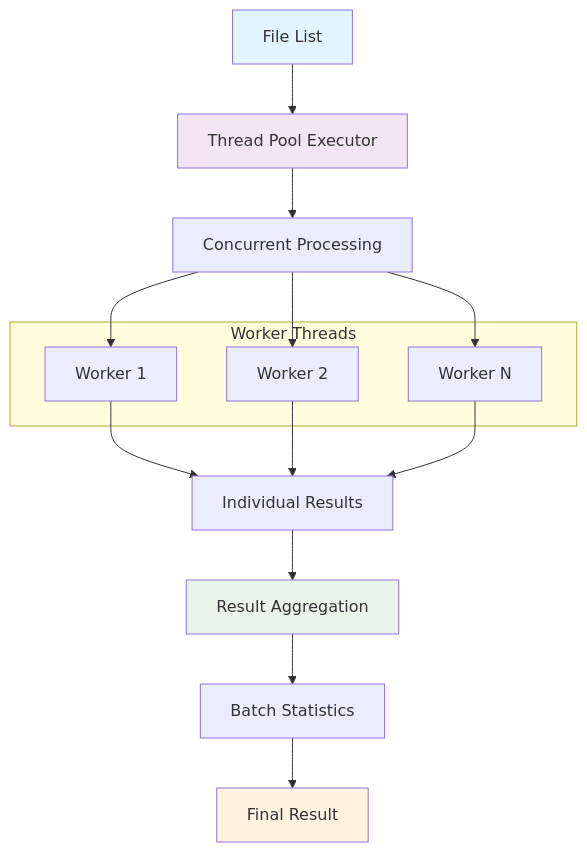
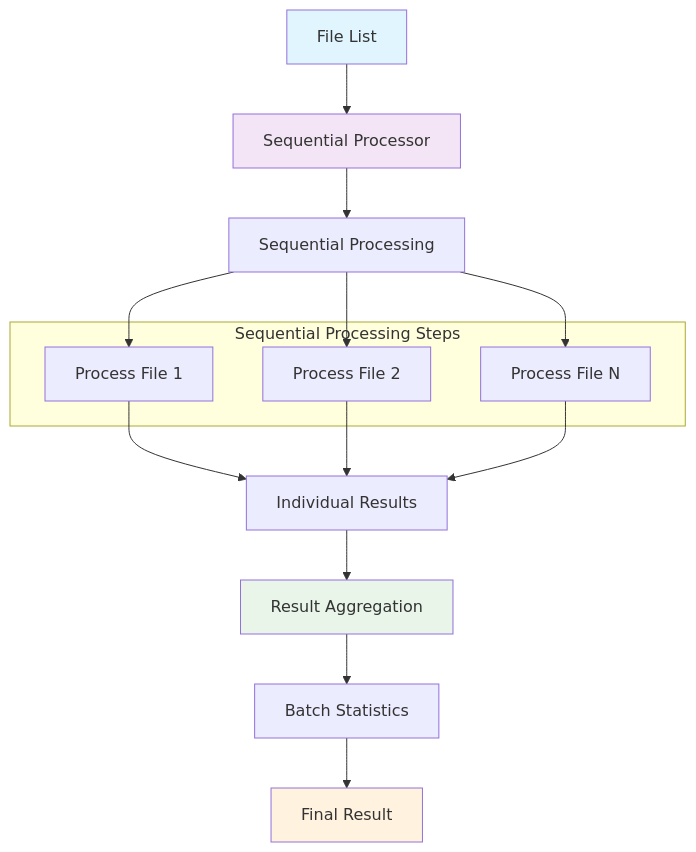
Before and after one commit to husams/shard-markdown: the sixth of 17 diagrams in docs/architecture-wiki.md, drawn with Mermaid. The commit also changed other lines of this file and 15 other files, not shown here.

````diff
--- a/docs/architecture-wiki.md
+++ b/docs/architecture-wiki.md
@@ -220,28 +220,28 @@
 ```mermaid
 flowchart TD
-    A[File List] --> B[Thread Pool Executor]
-    B --> C[Concurrent Processing]
+    A[File List] --> B[Sequential Processor]
+    B --> C[Sequential Processing]
     
-    subgraph "Worker Threads"
-        D[Worker 1]
-        E[Worker 2]
-        F[Worker N]
+    subgraph "Sequential Processing Steps"
+        D[Process File 1]
+        E[Process File 2]
+        F[Process File N]
     end
     
     C --> D
     C --> E
     C --> F
     
     D --> G[Individual Results]
     E --> G
     F --> G
     
     G --> H[Result Aggregation]
     H --> I[Batch Statistics]
     I --> J[Final Result]
 
     style A fill:#e1f5fe
     style B fill:#f3e5f5
     style H fill:#e8f5e8
     style J fill:#fff3e0
 ```
````
